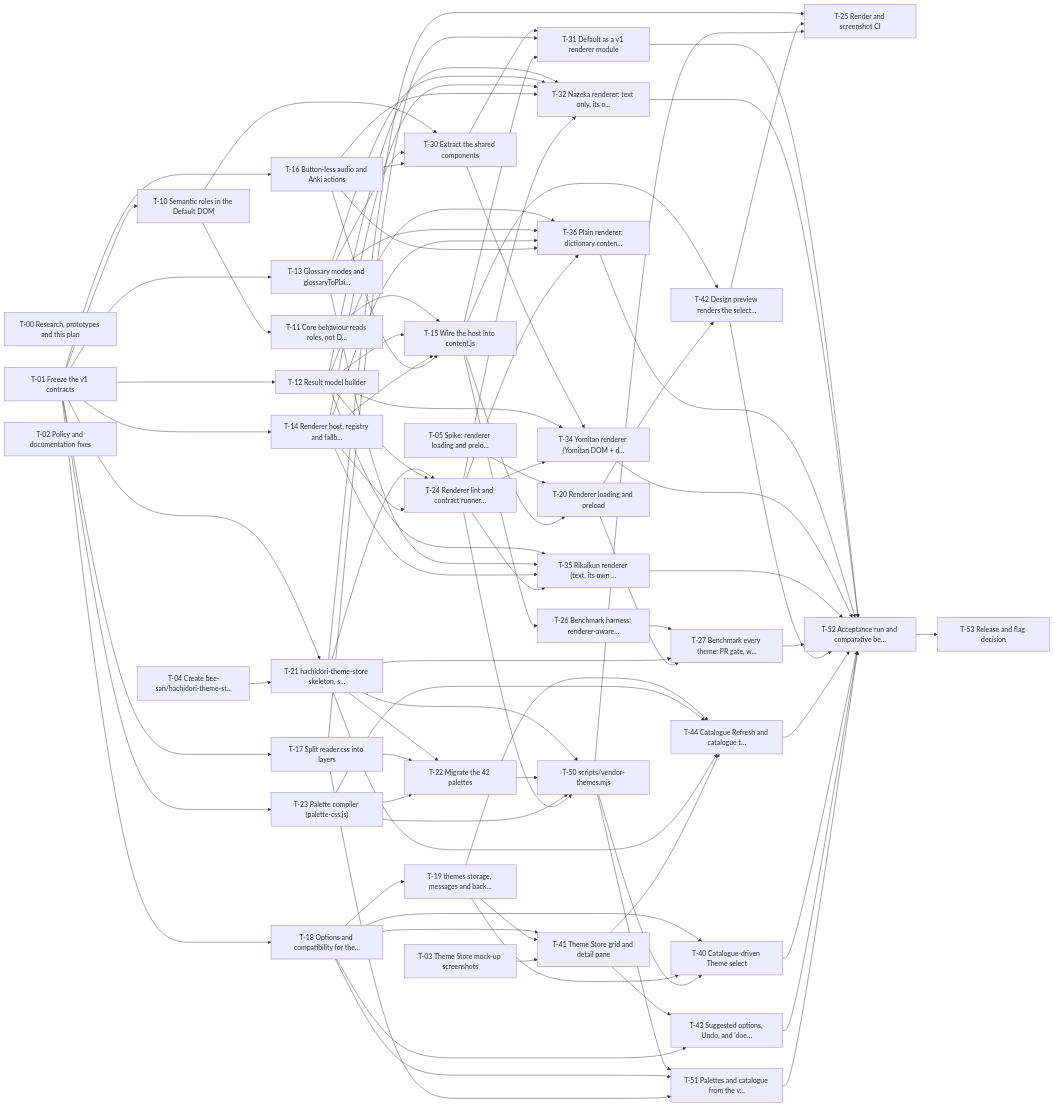
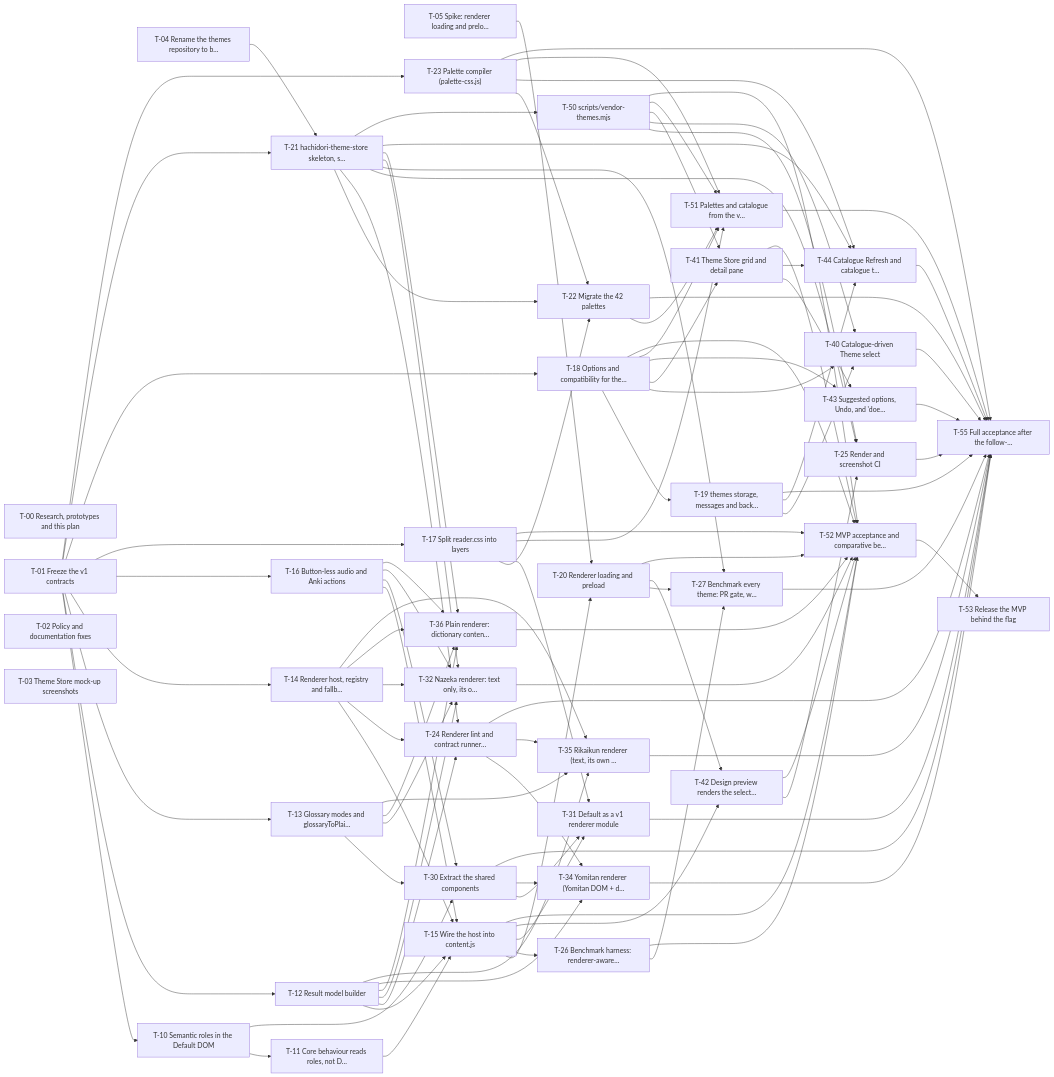
Before and after one commit to bee-san/hachidori: the diagram in docs/plans/issue-334/kanban.md, drawn with Mermaid. The commit also changed other lines of this file and 69 other files, not shown here.

First line of the commit message:
docs: #334 plan — MVP milestone (Default, Nazeka, Plain) and repo rename card

````diff
--- a/docs/plans/issue-334/kanban.md
+++ b/docs/plans/issue-334/kanban.md
@@ -97,7 +105,7 @@
   T01["T-01 Freeze the v1 contracts"]
   T02["T-02 Policy and documentation fixes"]
   T03["T-03 Theme Store mock-up screenshots"]
-  T04["T-04 Create bee-san/hachidori-theme-st…"]
+  T04["T-04 Rename the themes repository to b…"]
   T05["T-05 Spike: renderer loading and prelo…"]
   T10["T-10 Semantic roles in the Default DOM"]
   T11["T-11 Core behaviour reads roles, not D…"]
@@ -130,8 +138,9 @@
   T44["T-44 Catalogue Refresh and catalogue t…"]
   T50["T-50 scripts/vendor-themes.mjs"]
   T51["T-51 Palettes and catalogue from the v…"]
-  T52["T-52 Acceptance run and comparative be…"]
-  T53["T-53 Release and flag decision"]
+  T52["T-52 MVP acceptance and comparative be…"]
+  T53["T-53 Release the MVP behind the flag"]
+  T55["T-55 Full acceptance after the follow-…"]
   T01 --> T10
   T10 --> T11
   T01 --> T12
@@ -173,12 +182,12 @@
   T13 --> T32
   T14 --> T32
   T16 --> T32
-  T24 --> T32
+  T21 --> T32
   T12 --> T36
   T13 --> T36
   T14 --> T36
   T16 --> T36
-  T24 --> T36
+  T21 --> T36
   T30 --> T34
   T12 --> T34
   T24 --> T34
@@ -190,8 +199,7 @@
   T19 --> T40
   T50 --> T40
   T18 --> T41
-  T19 --> T41
-  T03 --> T41
+  T50 --> T41
   T15 --> T42
   T20 --> T42
   T41 --> T43
@@ -201,22 +209,34 @@
   T21 --> T44
   T41 --> T44
   T21 --> T50
-  T22 --> T50
-  T23 --> T50
-  T24 --> T50
   T50 --> T51
   T18 --> T51
   T17 --> T51
-  T31 --> T52
+  T22 --> T51
+  T23 --> T51
+  T15 --> T52
+  T17 --> T52
+  T18 --> T52
+  T20 --> T52
+  T26 --> T52
   T32 --> T52
   T36 --> T52
-  T34 --> T52
-  T35 --> T52
-  T27 --> T52
+  T41 --> T52
   T42 --> T52
-  T44 --> T52
-  T40 --> T52
-  T43 --> T52
-  T51 --> T52
+  T50 --> T52
   T52 --> T53
+  T19 --> T55
+  T22 --> T55
+  T23 --> T55
+  T24 --> T55
+  T25 --> T55
+  T27 --> T55
+  T30 --> T55
+  T31 --> T55
+  T34 --> T55
+  T35 --> T55
+  T40 --> T55
+  T43 --> T55
+  T44 --> T55
+  T51 --> T55
 ```
````
